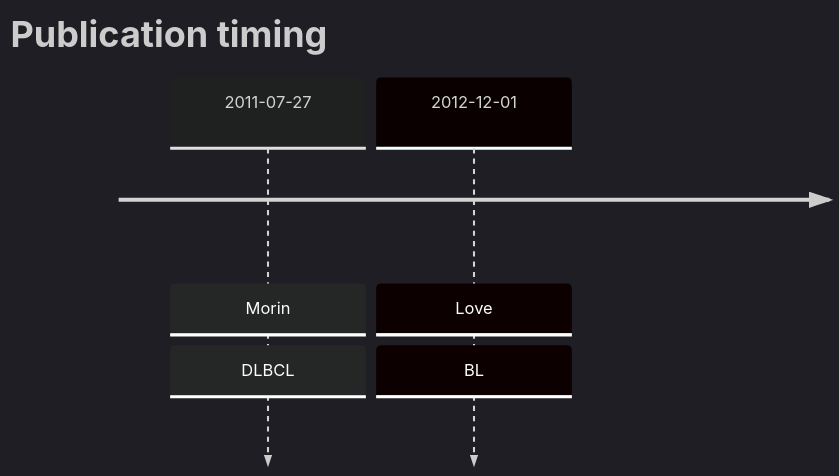
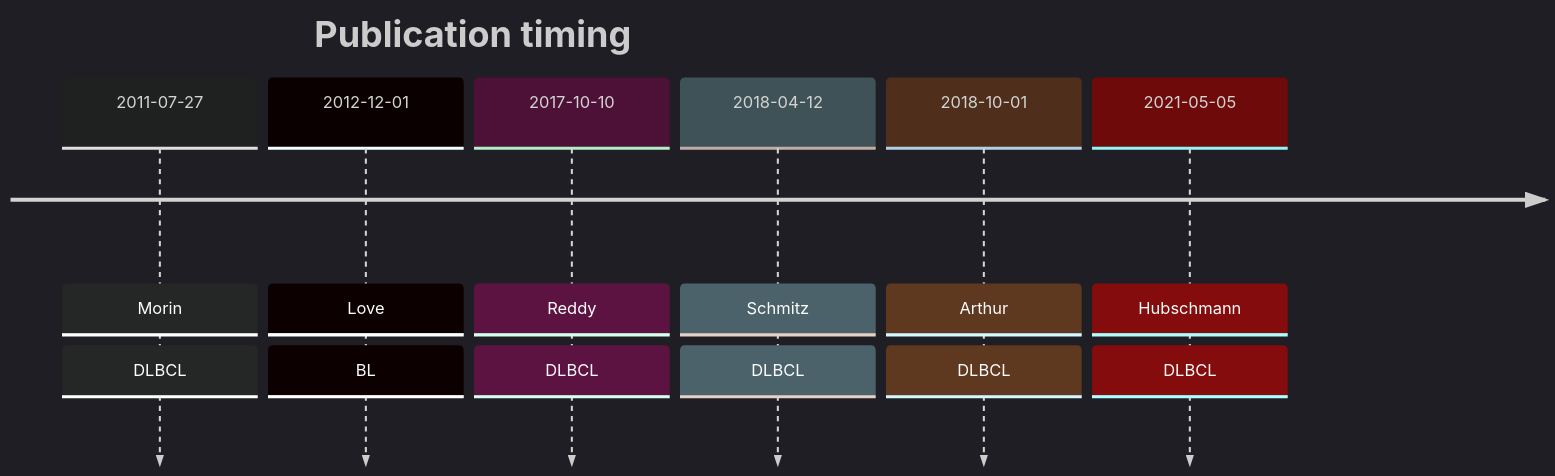
Before and after one commit to morinlab/lymphopedia: the diagram in BTG2.md, drawn with Mermaid.

````diff
--- a/BTG2.md
+++ b/BTG2.md
@@ -15,7 +15,11 @@
 ```mermaid
 %%{init: { 'logLevel': 'debug', 'theme': 'dark' } }%%
 timeline
     title Publication timing
-      2011-07-27 : Morin : DLBCL
+2011-07-27 : Morin : DLBCL
       2012-12-01 : Love : BL
+2017-10-10 : Reddy : DLBCL
+2018-04-12 : Schmitz : DLBCL
+2018-10-01 : Arthur : DLBCL
+2021-05-05 : Hubschmann : DLBCL
 ```
````
